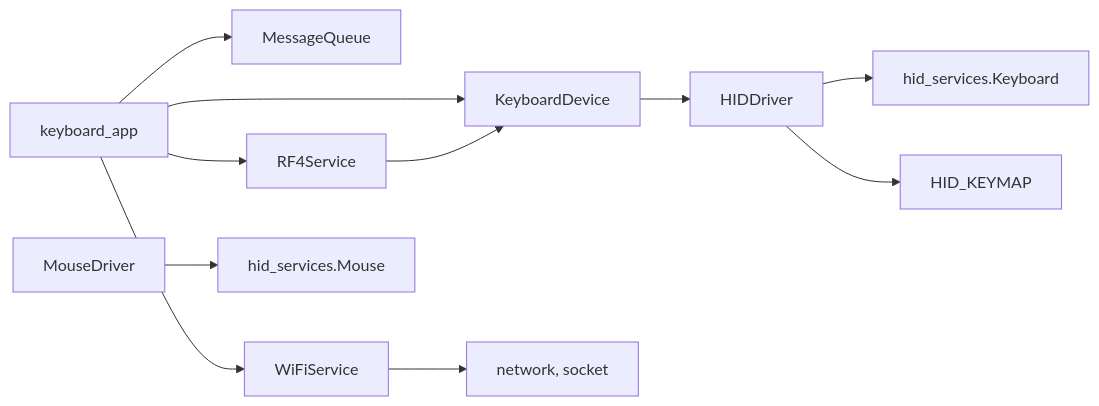
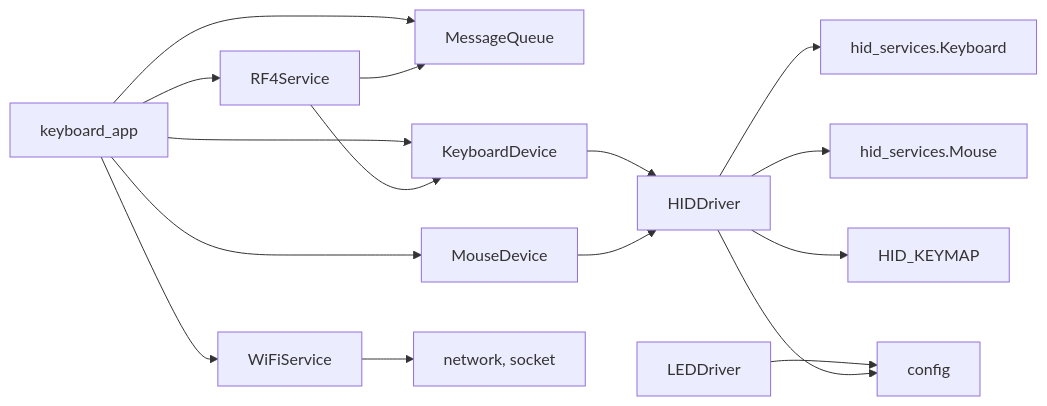
The second of 5 diagrams in docs/design/README.md (Ts-sound/esp32-python-keyboard), drawn with Mermaid before and after one commit. The commit also changed other lines of this file and 2 other files, not shown here.

````diff
--- a/docs/design/README.md
+++ b/docs/design/README.md
@@ -61,17 +62,22 @@
 ```mermaid
 flowchart LR
     KA[keyboard_app] --> MQ[MessageQueue]
     KA --> KD[KeyboardDevice]
+    KA --> MD[MouseDevice]
     KA --> WS[WiFiService]
     KA --> RS[RF4Service]
     
     KD --> HD[HIDDriver]
+    MD --> HD
     HD --> HSK[hid_services.Keyboard]
+    HD --> MSM[hid_services.Mouse]
     HD --> HM[HID_KEYMAP]
     
     WS --> NET[network, socket]
     
     RS --> KD
+    RS --> MQ
     
-    MD[MouseDriver] --> MSM[hid_services.Mouse]
+    LD[LEDDriver] --> CFG[config]
+    HD --> CFG
 ```
````
